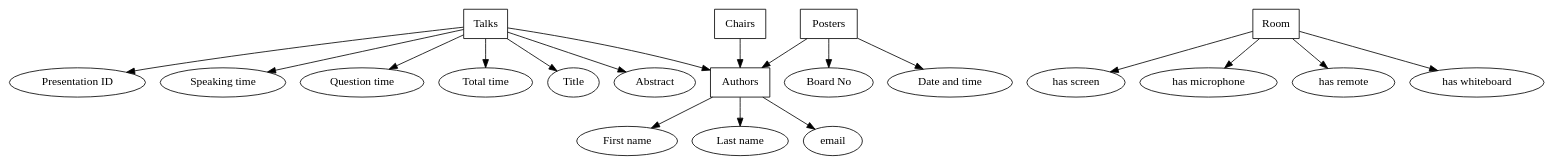
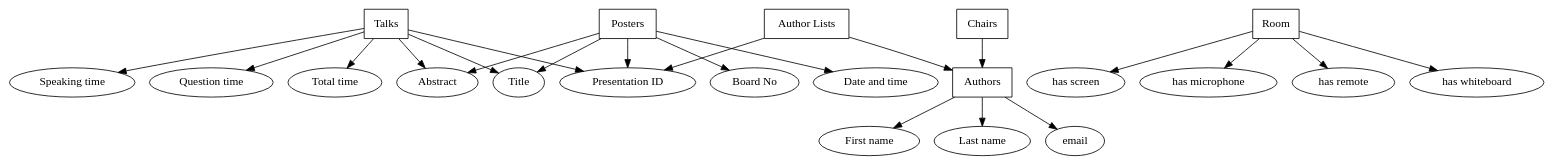
One commit to Edan97/Demonstration_Dictionary changed the diagram in Concept/first_graph.dot. Above: the diagram before and after it, drawn with Graphviz. The commit also changed 1 other file, not shown here.

```diff
--- a/Concept/first_graph.dot
+++ b/Concept/first_graph.dot
@@ -1,25 +1,29 @@
 digraph G {
 "Talks" [shape="box"]
 "Authors" [shape="box"]
 "Posters" [shape="box"]
 "Room" [shape="box"]
 "Chairs" [shape="box"]
+"Author Lists" [shape="box"]
 "Talks" -> "Presentation ID"
-"Talks" -> "Authors"
 "Talks" -> "Speaking time"
 "Talks" -> "Question time"
 "Talks" -> "Total time"
 "Talks" -> "Title"
 "Talks" -> "Abstract"
+"Author Lists" -> "Authors"
 "Authors" -> "First name"
 "Authors" -> "Last name"
 "Authors" -> "email"
+"Author Lists" -> "Presentation ID"
 "Chairs" -> "Authors"
-"Posters" -> "Authors"
+"Posters" -> "Presentation ID"
 "Posters" -> "Board No"
 "Posters" -> "Date and time"
+"Posters" -> "Title"
+"Posters" -> "Abstract"
 "Room" -> "has screen"
 "Room" -> "has microphone"
 "Room" -> "has remote"
 "Room" -> "has whiteboard"
 }
```
